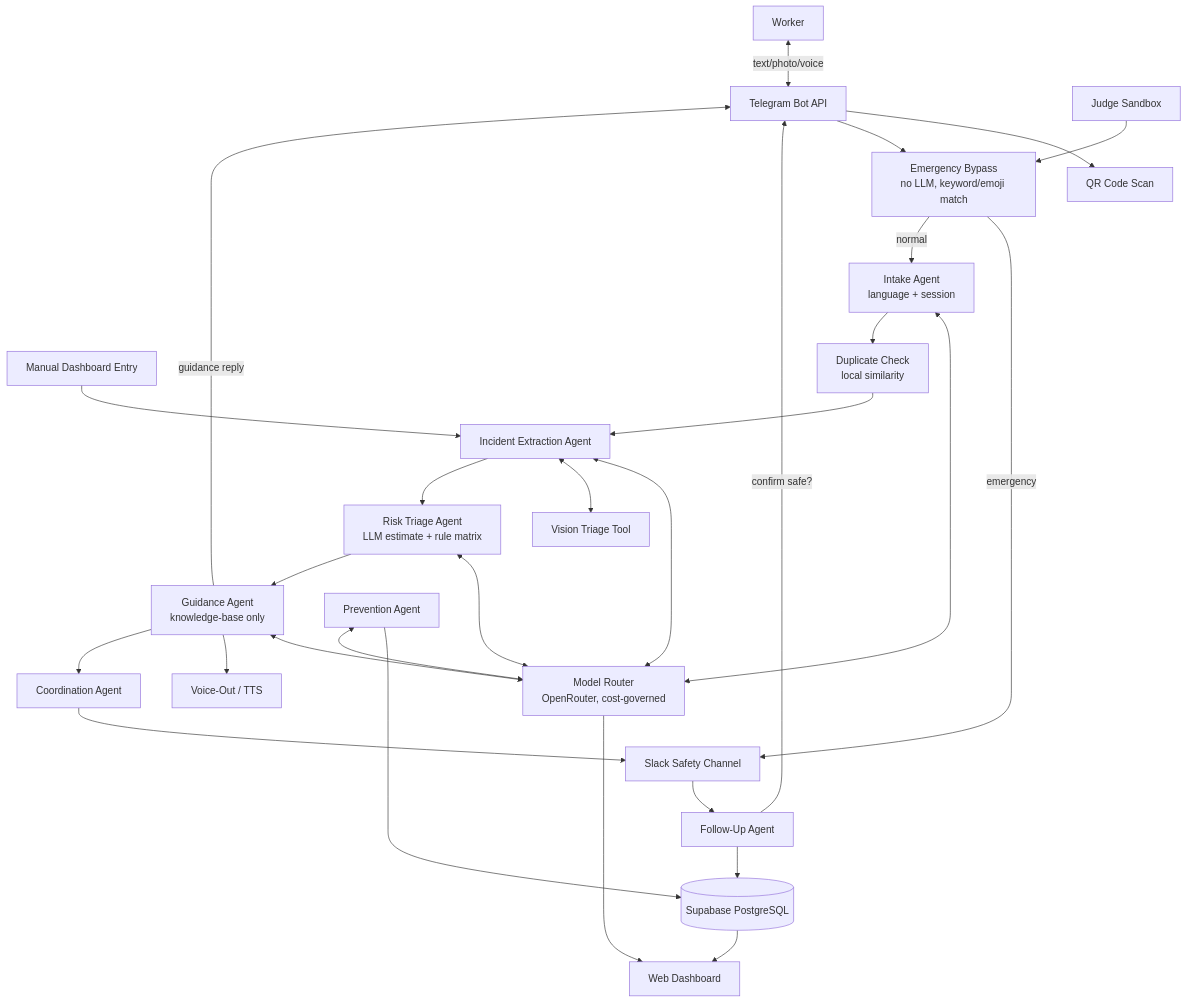
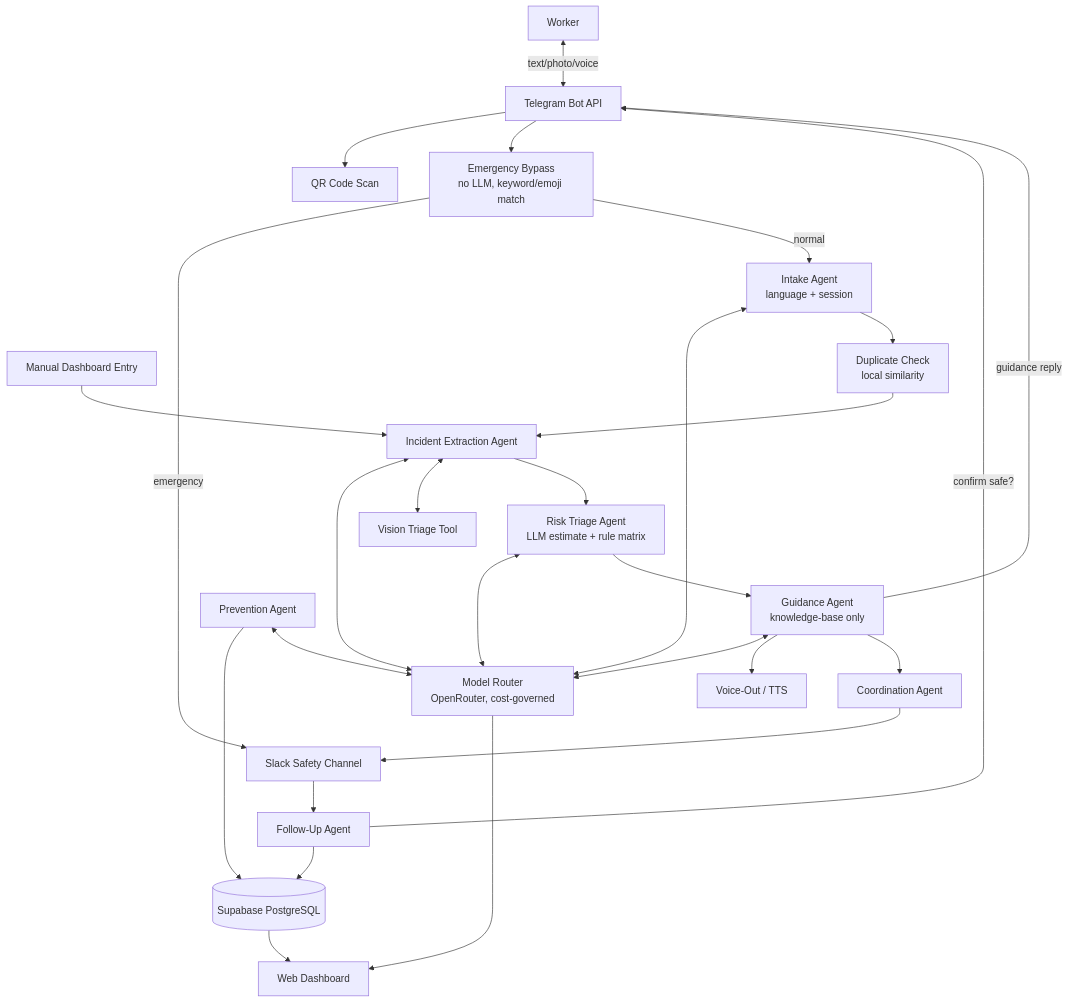
Before and after one commit to divejikan-yuvarajah/agent-kernel-sentinelloop: the diagram in use-cases/sentinelloop-ai/README.md, drawn with Mermaid. The commit also changed other lines of this file, not shown here.

````diff
--- a/use-cases/sentinelloop-ai/README.md
+++ b/use-cases/sentinelloop-ai/README.md
@@ -109,51 +127,49 @@
 ```mermaid
 flowchart TD
     U[Worker]
     TG[Telegram Bot API]
     QR[QR Code Scan]
-    SB[Judge Sandbox]
     MAN[Manual Dashboard Entry]
     EB[Emergency Bypass\nno LLM, keyword/emoji match]
     IN[Intake Agent\nlanguage + session]
     DUP[Duplicate Check\nlocal similarity]
     IE[Incident Extraction Agent]
     RA[Risk Triage Agent\nLLM estimate + rule matrix]
     GA[Guidance Agent\nknowledge-base only]
     VOUT[Voice-Out / TTS]
     CA[Coordination Agent]
     SLACK[Slack Safety Channel]
     FU[Follow-Up Agent]
     PA[Prevention Agent]
     VIS[Vision Triage Tool]
     ROUTER[Model Router\nOpenRouter, cost-governed]
     DB[(Supabase PostgreSQL)]
     DASH[Web Dashboard]
 
     U <-->|text/photo/voice| TG
     TG --> QR
     TG --> EB
-    SB --> EB
     MAN --> IE
     EB -->|emergency| SLACK
     EB -->|normal| IN
     IN <--> ROUTER
     IN --> DUP
     DUP --> IE
     IE <--> ROUTER
     IE <--> VIS
     IE --> RA
     RA <--> ROUTER
     RA --> GA
     GA <--> ROUTER
     GA --> VOUT
     GA -->|guidance reply| TG
     GA --> CA
     CA --> SLACK
     SLACK --> FU
     FU -->|confirm safe?| TG
     FU --> DB
     PA --> DB
     PA <--> ROUTER
     DB --> DASH
     ROUTER --> DASH
 ```
````
